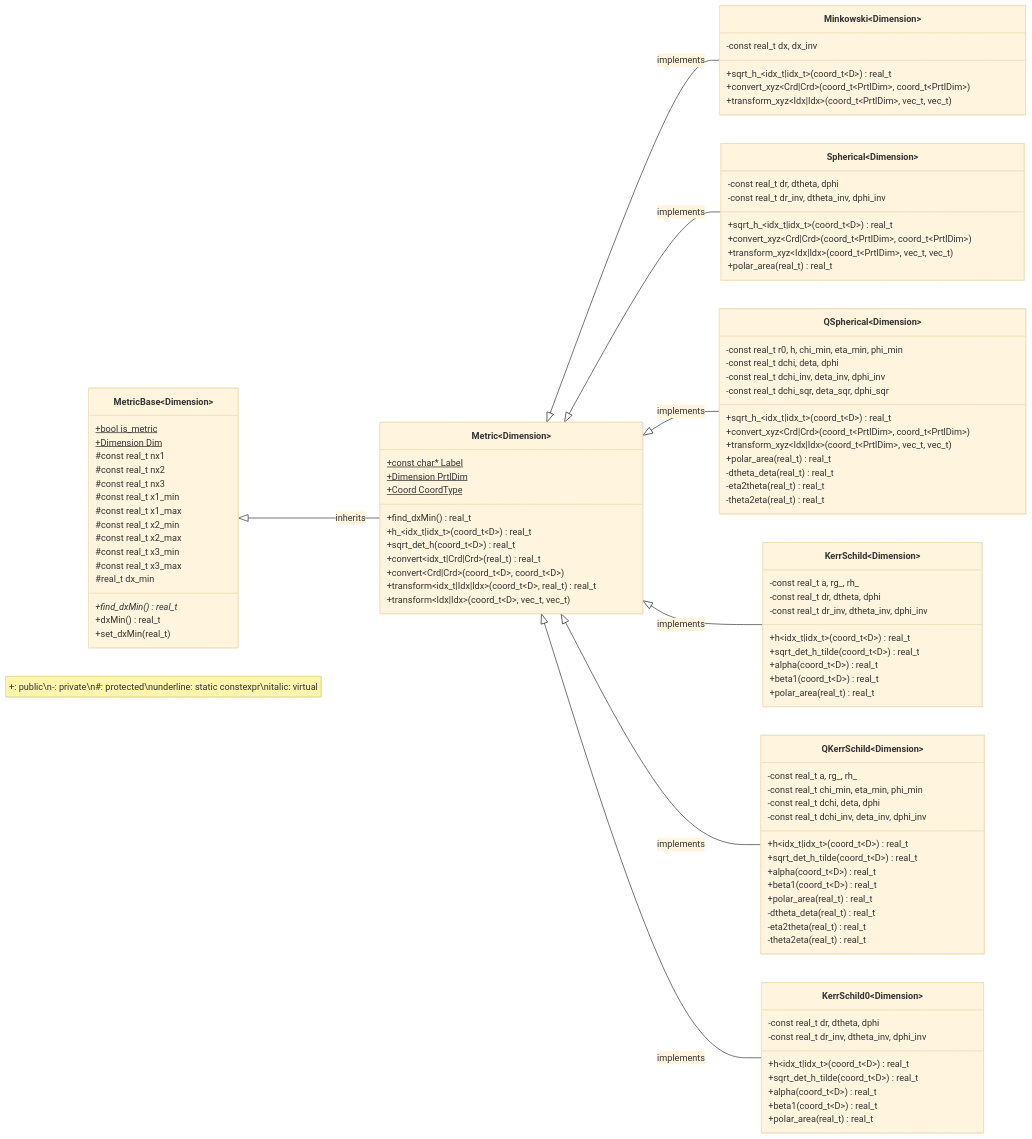
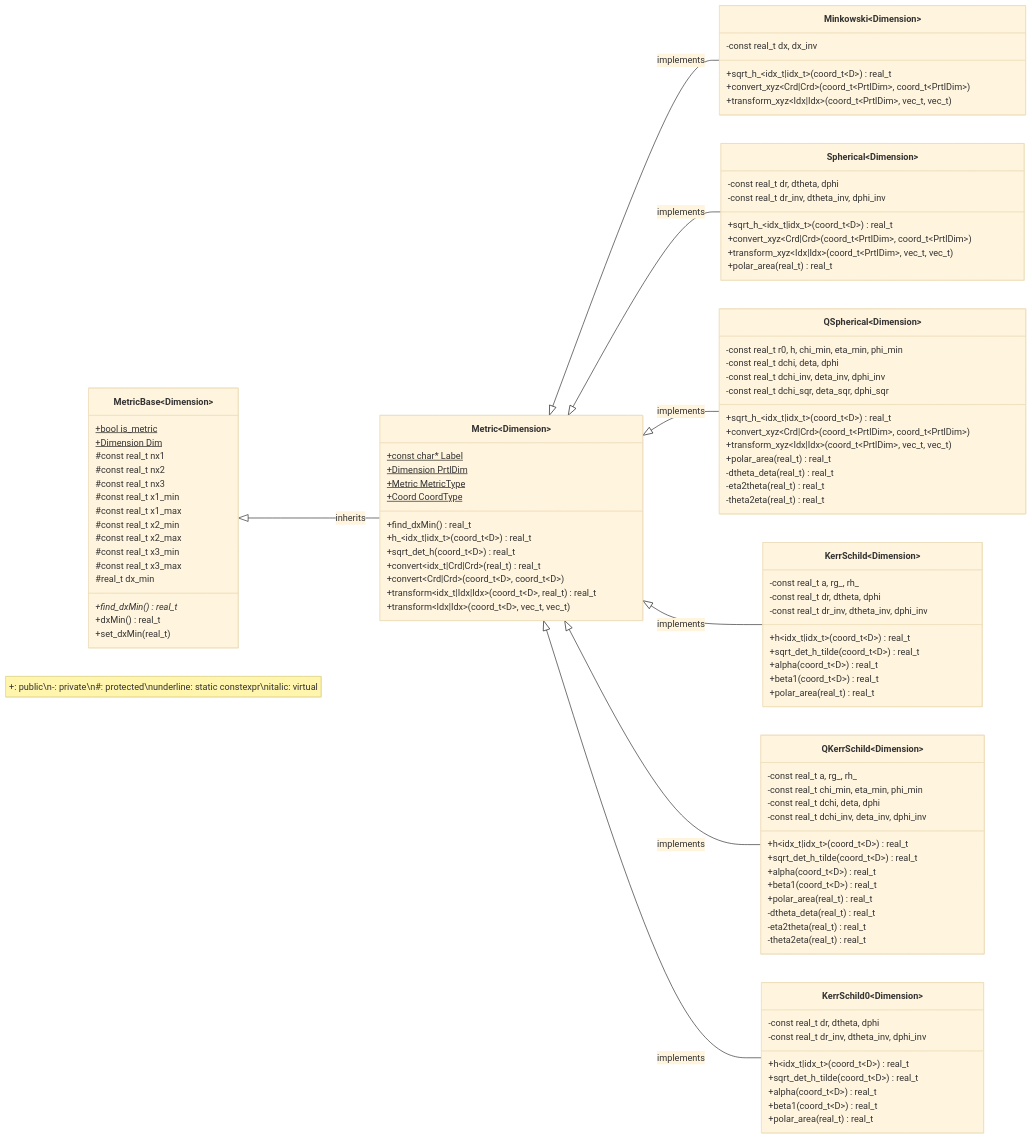
The diagram in docs/code/metrics.md (entity-toolkit/wiki), drawn with Mermaid (base theme) before and after one commit. The commit also changed other lines of this file and 10 other files, not shown here.

```diff
--- a/docs/code/metrics.md
+++ b/docs/code/metrics.md
@@ -316,6 +323,7 @@
   class Metric~Dimension~{
     +const char* Label$
     +Dimension PrtlDim$
+    +Metric MetricType$
     +Coord CoordType$
     +find_dxMin() real_t
     +h_~idx_t|idx_t~(coord_t~D~) real_t
```
